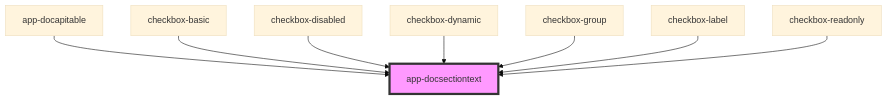
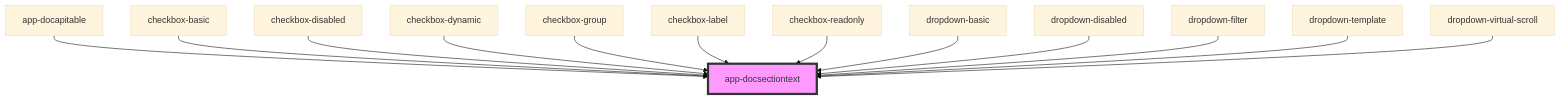
Before and after one commit to adaleks/anywhere-ui: the diagram in packages/core/src/components/app-showcase/doc/app-docsectiontext/readme.md, drawn with Mermaid (base theme). The commit also changed other lines of this file and 65 other files, not shown here.

````diff
--- a/packages/core/src/components/app-showcase/doc/app-docsectiontext/readme.md
+++ b/packages/core/src/components/app-showcase/doc/app-docsectiontext/readme.md
@@ -34,11 +39,16 @@
 ```mermaid
 graph TD;
   app-docapitable --> app-docsectiontext
   checkbox-basic --> app-docsectiontext
   checkbox-disabled --> app-docsectiontext
   checkbox-dynamic --> app-docsectiontext
   checkbox-group --> app-docsectiontext
   checkbox-label --> app-docsectiontext
   checkbox-readonly --> app-docsectiontext
+  dropdown-basic --> app-docsectiontext
+  dropdown-disabled --> app-docsectiontext
+  dropdown-filter --> app-docsectiontext
+  dropdown-template --> app-docsectiontext
+  dropdown-virtual-scroll --> app-docsectiontext
   style app-docsectiontext fill:#f9f,stroke:#333,stroke-width:4px
 ```
````
